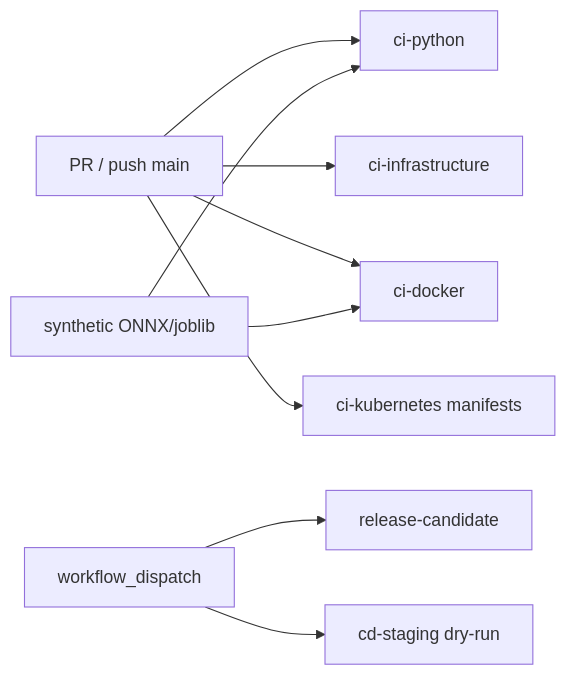
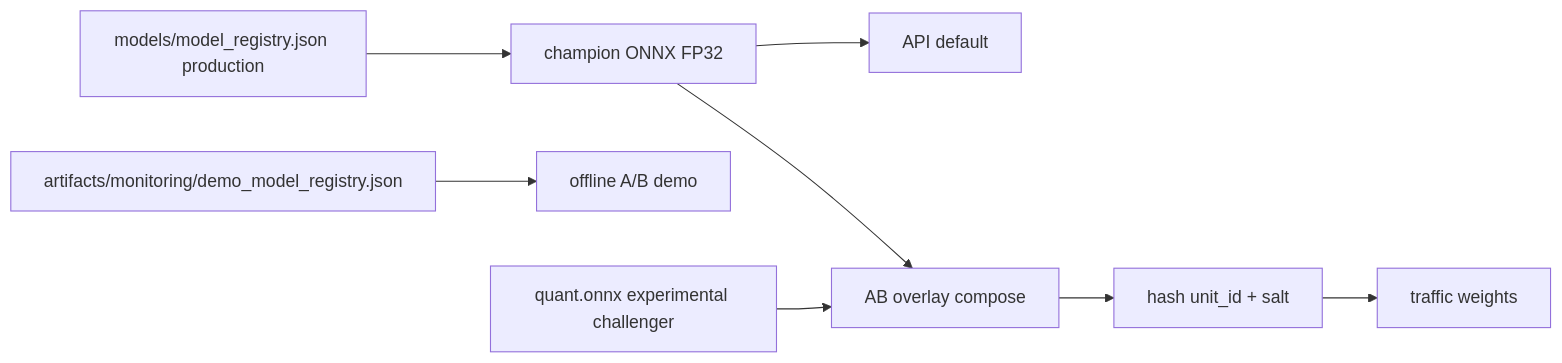
One commit to Serg2311-prog/credit-scoring-mlops-deployment changed the seventh of 7 diagrams in docs/architecture/overview.md. Above: the diagram before and after it, drawn with Mermaid. The commit also changed other lines of this file and 19 other files, not shown here.

````diff
--- a/docs/architecture/overview.md
+++ b/docs/architecture/overview.md
@@ -67,11 +183,10 @@
 ```mermaid
 flowchart LR
-  PR[PR / push main] --> Py[ci-python]
-  PR --> Infra[ci-infrastructure]
-  PR --> Dock[ci-docker]
-  PR --> K8s[ci-kubernetes manifests]
-  Manual[workflow_dispatch] --> RC[release-candidate]
-  Manual --> CD[cd-staging dry-run]
-  Synth[synthetic ONNX/joblib] --> Py
-  Synth --> Dock
+  REG2[models/model_registry.json production] --> CHAMP[champion ONNX FP32]
+  DEMO[artifacts/monitoring/demo_model_registry.json] --> OFFAB[offline A/B demo]
+  CHAMP --> API4[API default]
+  QONNX[quant.onnx experimental challenger] --> ABE[AB overlay compose]
+  CHAMP --> ABE
+  ABE --> HASH[hash unit_id + salt]
+  HASH --> W[traffic weights]
 ```
````
